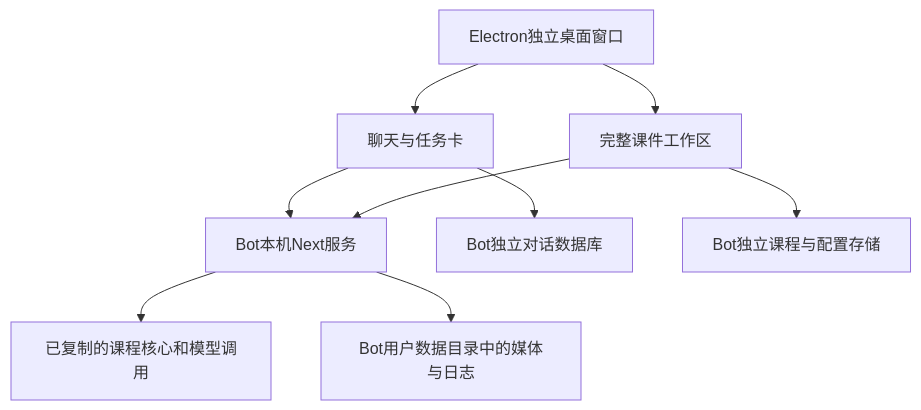
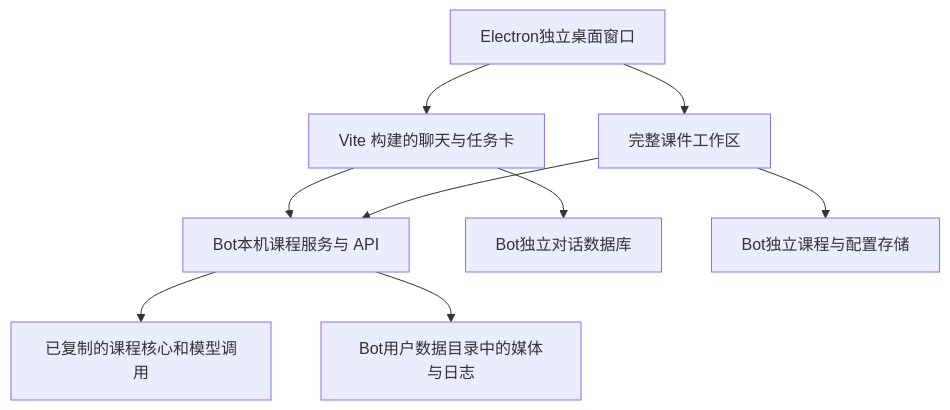
One commit to lianglaibin116-cloud/ljkt-bot changed the diagram in LJKT-BOT-项目说明.md. Above: the diagram before and after it, drawn with Mermaid. The commit also changed other lines of this file and 1443 other files, not shown here.

````diff
--- a/LJKT-BOT-项目说明.md
+++ b/LJKT-BOT-项目说明.md
@@ -17,11 +17,11 @@
 ```mermaid
 flowchart TB
-  A[Electron独立桌面窗口] --> B[聊天与任务卡]
+  A[Electron独立桌面窗口] --> B[Vite 构建的聊天与任务卡]
   A --> C[完整课件工作区]
-  B --> D[Bot本机Next服务]
+  B --> D[Bot本机课程服务与 API]
   C --> D
   D --> E[已复制的课程核心和模型调用]
   B --> F[Bot独立对话数据库]
   C --> G[Bot独立课程与配置存储]
   D --> H[Bot用户数据目录中的媒体与日志]
 ```
````
